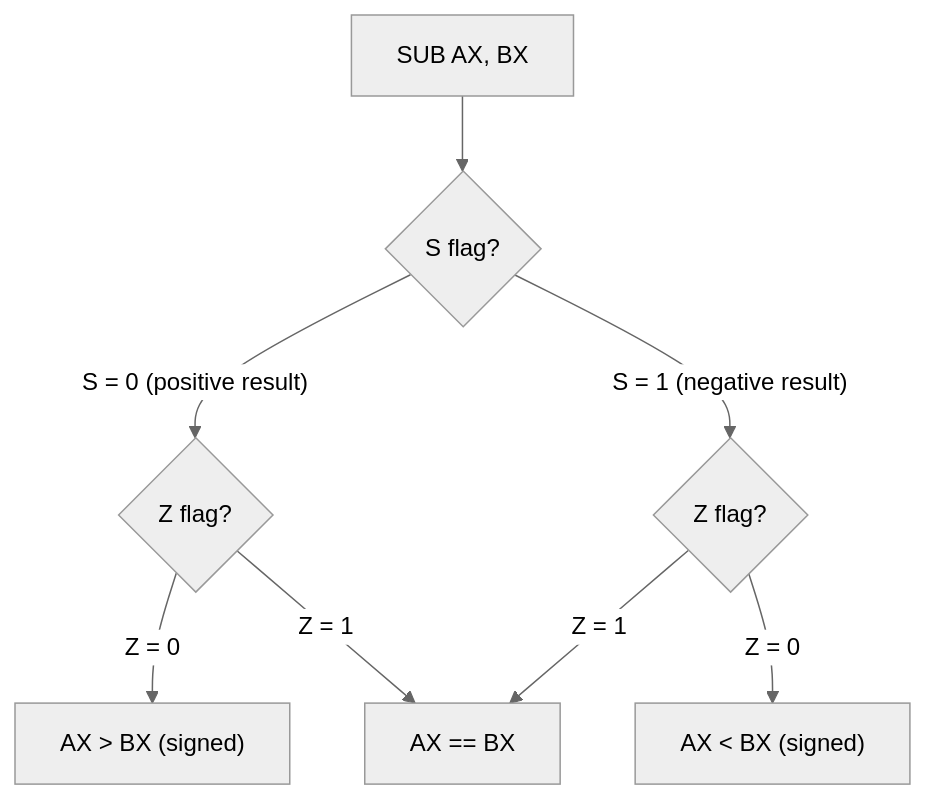
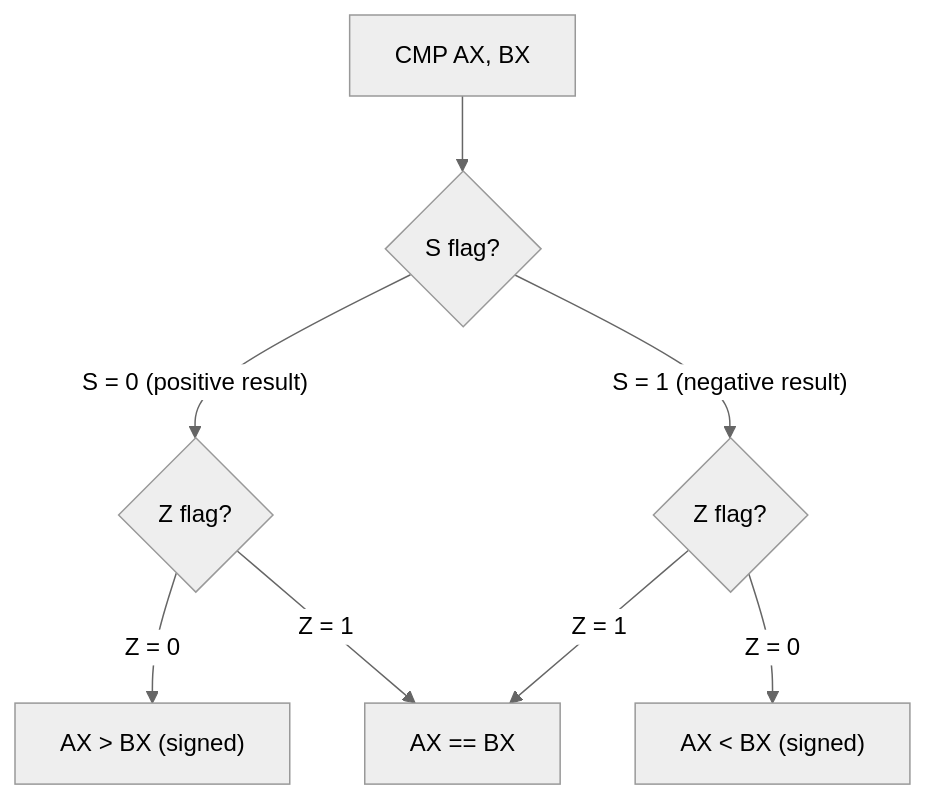
Before and after one commit to MinecAnton209/NovumOS-16bit: diagram 13 of 20 in docs/en/isa/flags-behavior.md, drawn with Mermaid (neutral theme). The commit also changed other lines of this file and 20 other files, not shown here.

````diff
--- a/docs/en/isa/flags-behavior.md
+++ b/docs/en/isa/flags-behavior.md
@@ -486,10 +502,10 @@
 ```mermaid
 flowchart TD
-    A["SUB AX, BX"] --> B{"S flag?"}
+    A["CMP AX, BX"] --> B{"S flag?"}
     B -- "S = 0 (positive result)" --> C{"Z flag?"}
     B -- "S = 1 (negative result)" --> D{"Z flag?"}
     C -- "Z = 0" --> E["AX > BX (signed)"]
     C -- "Z = 1" --> F["AX == BX"]
     D -- "Z = 0" --> G["AX < BX (signed)"]
     D -- "Z = 1" --> F
 ```
````
